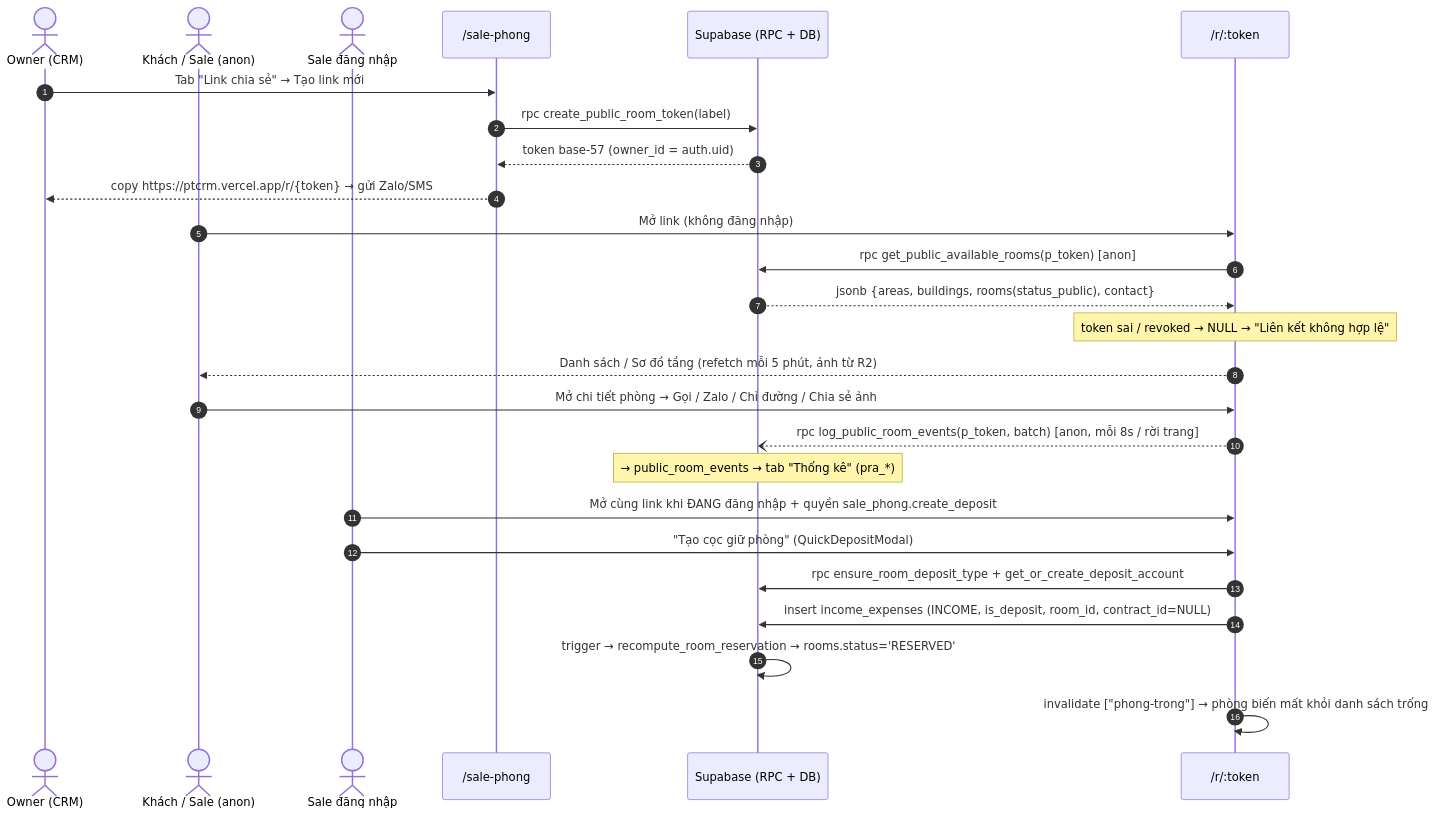
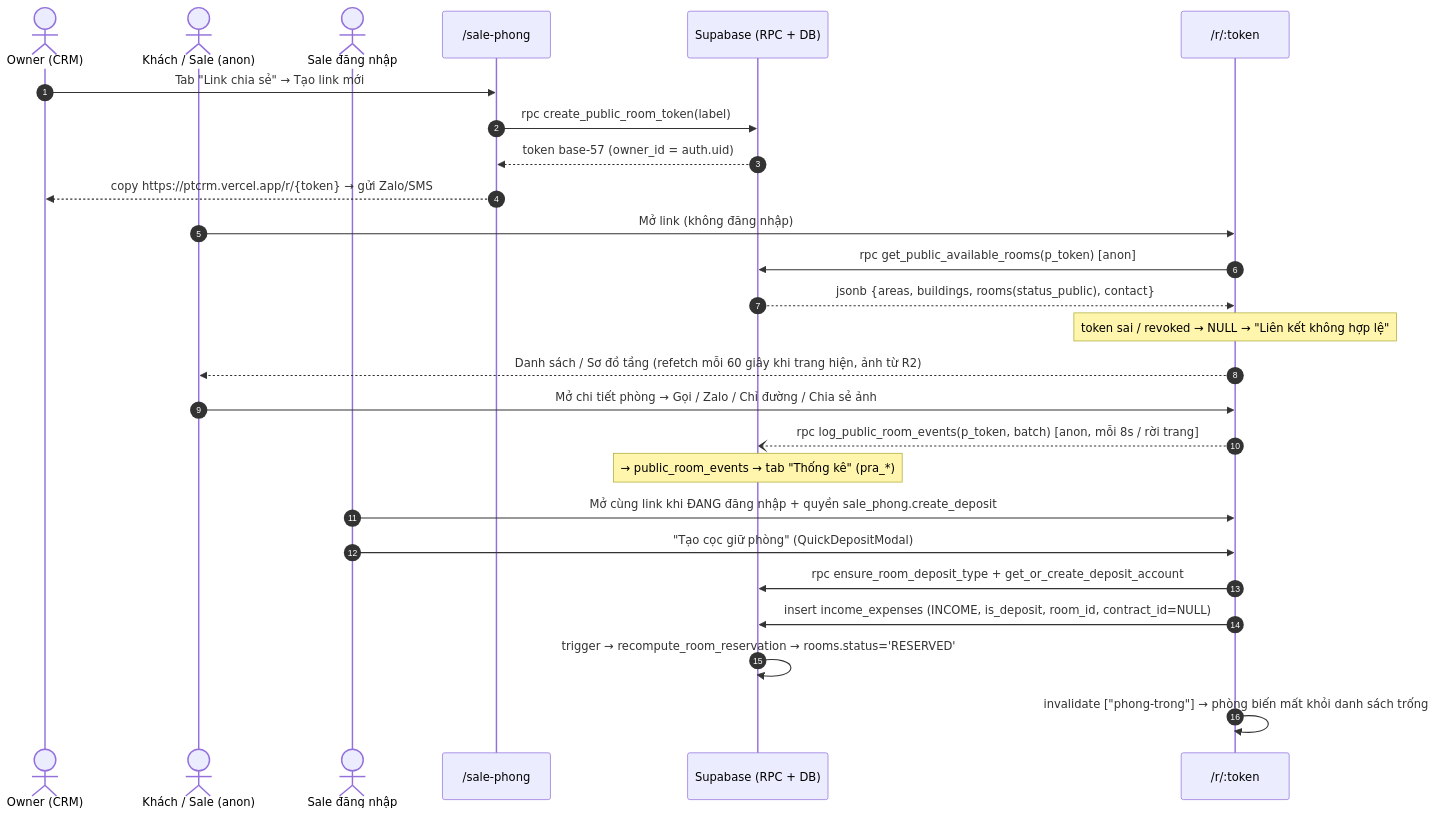
The third of 4 diagrams in docs/he-thong/15-kenh-cong-khai-sale-thu-tien.md (zxGreenxz/whiteboard-ihomecrm), drawn with Mermaid before and after one commit. The commit also changed other lines of this file and 11 other files, not shown here.

First line of the commit message:
Trang Sale tải thưa: 30 giây nội bộ, 60 giây link công khai

````diff
--- a/docs/he-thong/15-kenh-cong-khai-sale-thu-tien.md
+++ b/docs/he-thong/15-kenh-cong-khai-sale-thu-tien.md
@@ -379,31 +381,31 @@
 ```mermaid
 sequenceDiagram
     autonumber
     actor Owner as Owner (CRM)
     actor Khach as Khách / Sale (anon)
     actor Sale as Sale đăng nhập
     participant SP as /sale-phong
     participant DB as Supabase (RPC + DB)
     participant PT as /r/:token
 
     Owner->>SP: Tab "Link chia sẻ" → Tạo link mới
     SP->>DB: rpc create_public_room_token(label)
     DB-->>SP: token base-57 (owner_id = auth.uid)
     SP-->>Owner: copy https://ptcrm.vercel.app/r/{token} → gửi Zalo/SMS
 
     Khach->>PT: Mở link (không đăng nhập)
     PT->>DB: rpc get_public_available_rooms(p_token) [anon]
     DB-->>PT: jsonb {areas, buildings, rooms(status_public), contact}
     Note over PT: token sai / revoked → NULL → "Liên kết không hợp lệ"
-    PT-->>Khach: Danh sách / Sơ đồ tầng (refetch mỗi 5 phút, ảnh từ R2)
+    PT-->>Khach: Danh sách / Sơ đồ tầng (refetch mỗi 60 giây khi trang hiện, ảnh từ R2)
     Khach->>PT: Mở chi tiết phòng → Gọi / Zalo / Chỉ đường / Chia sẻ ảnh
     PT--)DB: rpc log_public_room_events(p_token, batch) [anon, mỗi 8s / rời trang]
     Note over DB: → public_room_events → tab "Thống kê" (pra_*)
 
     Sale->>PT: Mở cùng link khi ĐANG đăng nhập + quyền sale_phong.create_deposit
     Sale->>PT: "Tạo cọc giữ phòng" (QuickDepositModal)
     PT->>DB: rpc ensure_room_deposit_type + get_or_create_deposit_account
     PT->>DB: insert income_expenses (INCOME, is_deposit, room_id, contract_id=NULL)
     DB->>DB: trigger → recompute_room_reservation → rooms.status='RESERVED'
     PT->>PT: invalidate ["phong-trong"] → phòng biến mất khỏi danh sách trống
 ```
````
